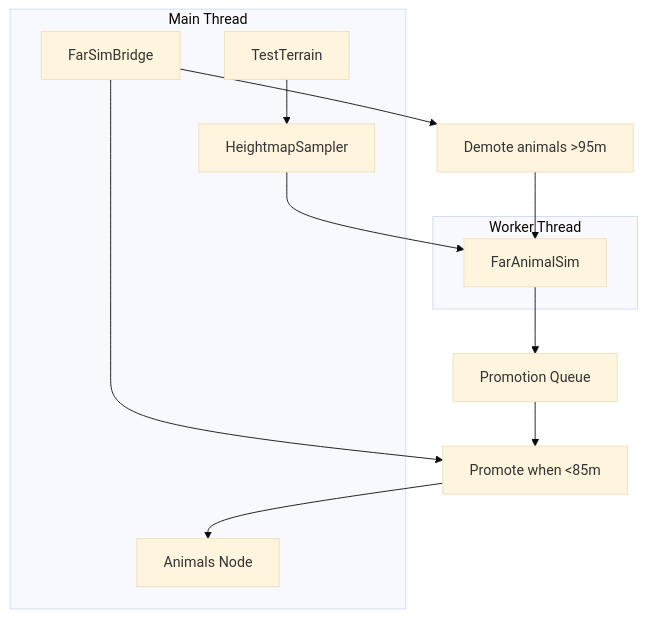
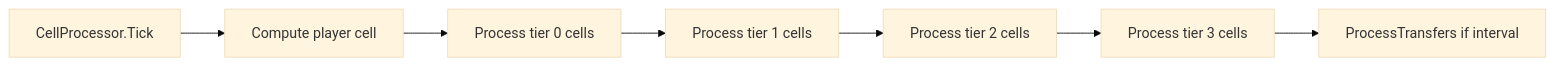
Before and after one commit to StevenGann/BiologyGame: the fourth of 5 diagrams in docs/simulation.md, drawn with Mermaid (base theme). The commit also changed other lines of this file and 12 other files, not shown here.

````diff
--- a/docs/simulation.md
+++ b/docs/simulation.md
@@ -98,23 +90,10 @@
 ```mermaid
-flowchart TB
-    subgraph Main[Main Thread]
-        Bridge[FarSimBridge]
-        Animals[Animals Node]
-        Terrain[TestTerrain]
-        Heightmap[HeightmapSampler]
-    end
-    
-    subgraph Worker[Worker Thread]
-        FarSim[FarAnimalSim]
-    end
-    
-    Bridge --> Demote[Demote animals >95m]
-    Demote --> FarSim
-    FarSim --> PromoteQueue[Promotion Queue]
-    Bridge --> Promote[Promote when <85m]
-    PromoteQueue --> Promote
-    Promote --> Animals
-    
-    Terrain --> Heightmap
-    Heightmap --> FarSim
+flowchart LR
+    Tick[CellProcessor.Tick]
+    Tick --> PlayerCell[Compute player cell]
+    PlayerCell --> Tier0[Process tier 0 cells]
+    Tier0 --> Tier1[Process tier 1 cells]
+    Tier1 --> Tier2[Process tier 2 cells]
+    Tier2 --> Tier3[Process tier 3 cells]
+    Tier3 --> Transfers[ProcessTransfers if interval]
 ```
````
